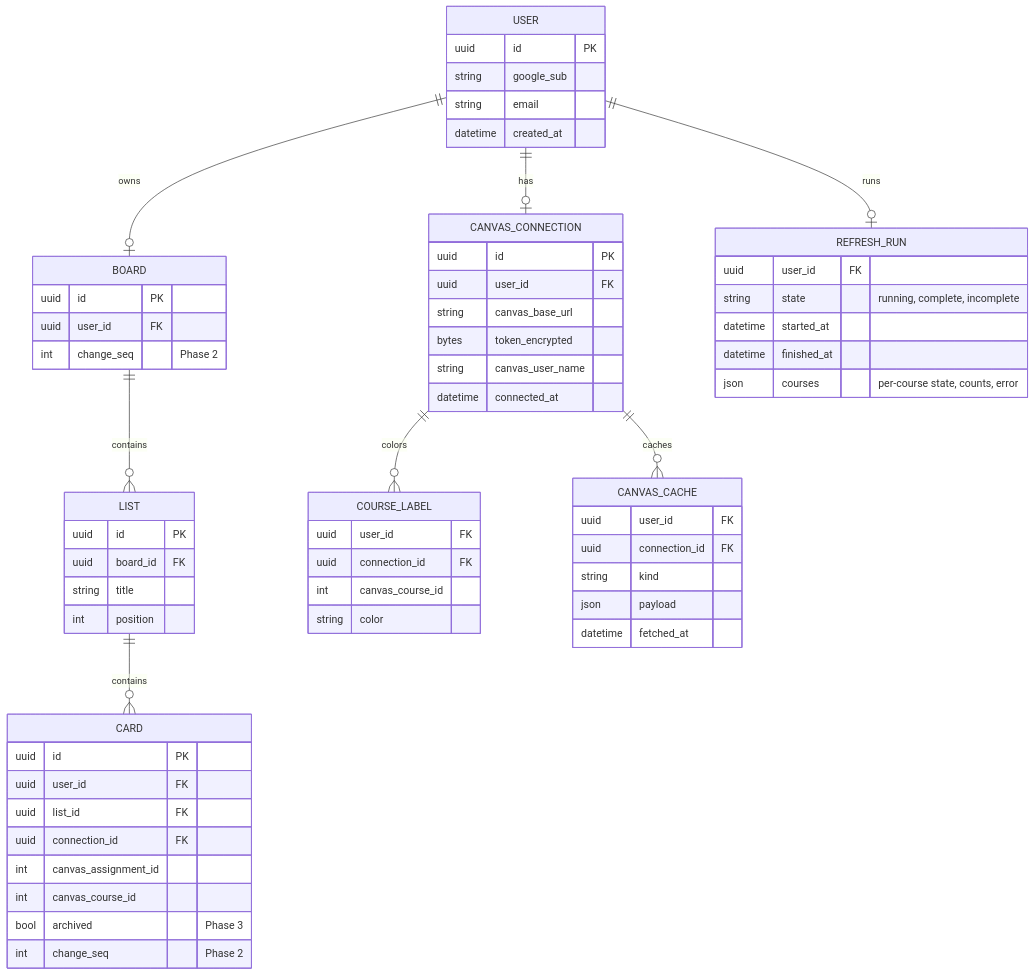
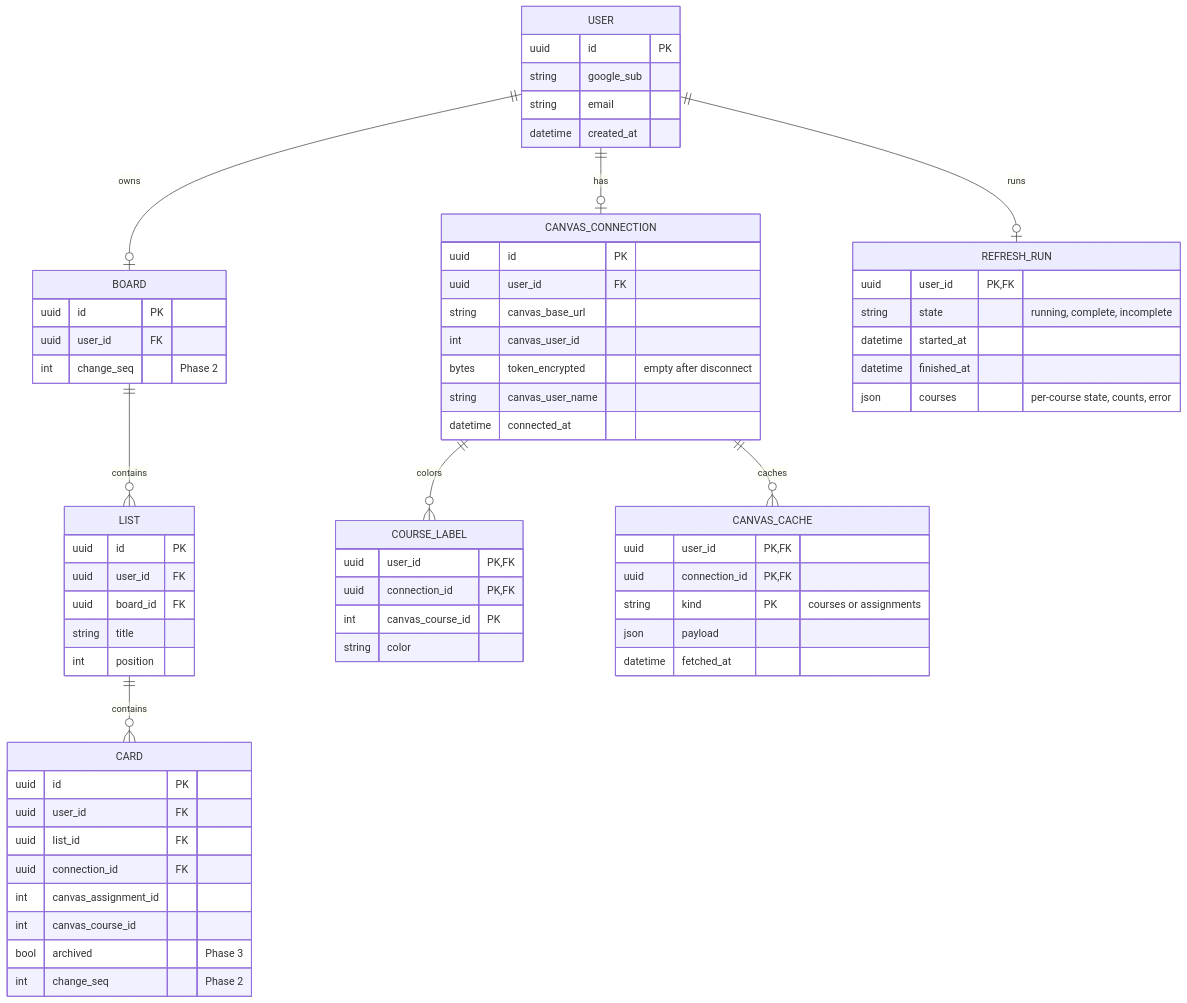
The second of 6 diagrams in docs/canvas-portal/03-design.md (bbranton/TestProj), drawn with Mermaid before and after one commit. The commit also changed other lines of this file, not shown here.

First line of the commit message:
Review the Canvas portal design doc

````diff
--- a/docs/canvas-portal/03-design.md
+++ b/docs/canvas-portal/03-design.md
@@ -80,66 +80,68 @@
 ```mermaid
 erDiagram
     USER ||--o| CANVAS_CONNECTION : has
     USER ||--o| BOARD : owns
     USER ||--o| REFRESH_RUN : runs
     BOARD ||--o{ LIST : contains
     LIST ||--o{ CARD : contains
     CANVAS_CONNECTION ||--o{ COURSE_LABEL : colors
     CANVAS_CONNECTION ||--o{ CANVAS_CACHE : caches
 
     USER {
         uuid id PK
         string google_sub
         string email
         datetime created_at
     }
     CANVAS_CONNECTION {
         uuid id PK
         uuid user_id FK
         string canvas_base_url
-        bytes token_encrypted
+        int canvas_user_id
+        bytes token_encrypted "empty after disconnect"
         string canvas_user_name
         datetime connected_at
     }
     BOARD {
         uuid id PK
         uuid user_id FK
         int change_seq "Phase 2"
     }
     LIST {
         uuid id PK
+        uuid user_id FK
         uuid board_id FK
         string title
         int position
     }
     CARD {
         uuid id PK
         uuid user_id FK
         uuid list_id FK
         uuid connection_id FK
         int canvas_assignment_id
         int canvas_course_id
         bool archived "Phase 3"
         int change_seq "Phase 2"
     }
     COURSE_LABEL {
-        uuid user_id FK
-        uuid connection_id FK
-        int canvas_course_id
+        uuid user_id PK, FK
+        uuid connection_id PK, FK
+        int canvas_course_id PK
         string color
     }
     REFRESH_RUN {
-        uuid user_id FK
+        uuid user_id PK, FK
         string state "running, complete, incomplete"
         datetime started_at
         datetime finished_at
         json courses "per-course state, counts, error"
     }
     CANVAS_CACHE {
-        uuid user_id FK
-        uuid connection_id FK
-        string kind
+        uuid user_id PK, FK
+        uuid connection_id PK, FK
+        string kind PK "courses or assignments"
         json payload
         datetime fetched_at
     }
 ```
````
